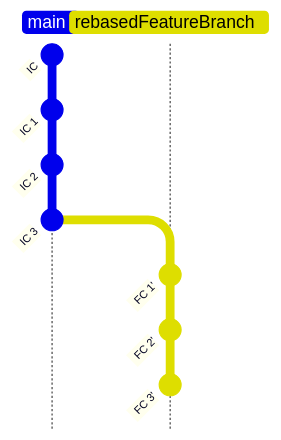
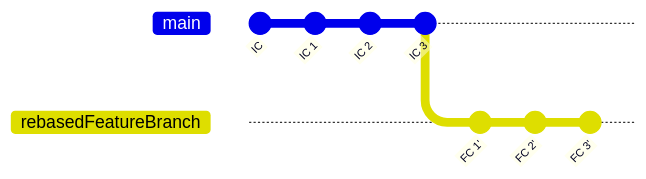
One commit to ohmvaghela/Learn changed the third of 3 diagrams in git/readme.md. Above: the diagram before and after it, drawn with Mermaid. The commit also changed other lines of this file, not shown here.

````diff
--- a/git/readme.md
+++ b/git/readme.md
@@ -163,13 +189,13 @@
-        <div class="mermaid">
-          %%{init: { 'logLevel': 'debug', 'theme': 'default' } }%%
-          gitGraph TB:
-            commit id: "IC"
-            checkout main
-            commit id: "IC 1"
-            commit id: "IC 2"
-            commit id: "IC 3"
-            branch rebasedFeatureBranch
-            commit id: "FC 1'"
-            commit id: "FC 2'"
-            commit id: "FC 3'"
-        </div>
+```mermaid
+%%{init: { 'logLevel': 'debug', 'theme': 'default' } }%%
+gitGraph
+  commit id: "IC"
+  checkout main
+  commit id: "IC 1"
+  commit id: "IC 2"
+  commit id: "IC 3"
+  branch rebasedFeatureBranch
+  commit id: "FC 1'"
+  commit id: "FC 2'"
+  commit id: "FC 3'"
+```
````
